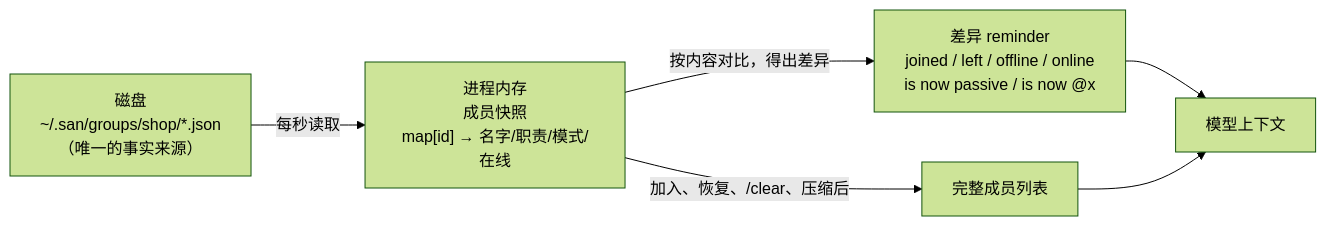
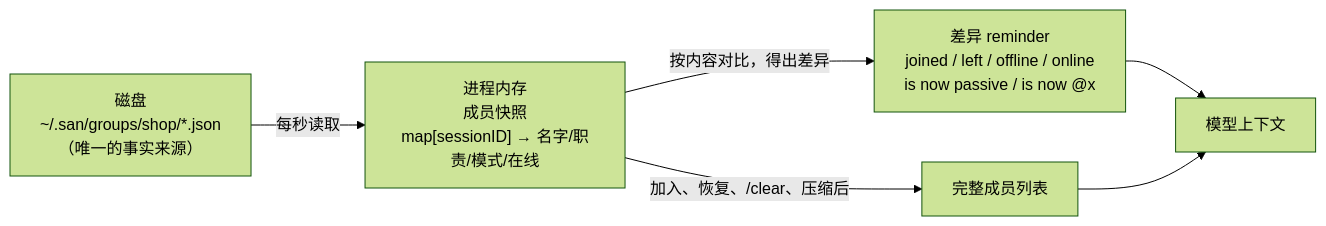
Before and after one commit to genai-io/san: the third of 5 diagrams in docs/design/proposals/0003-session-groups.zh.md, drawn with Mermaid (forest theme). The commit also changed other lines of this file and 1 other file, not shown here.

First line of the commit message:
docs(design): PROP-0003 — session ID as identity, email-style messages

````diff
--- a/docs/design/proposals/0003-session-groups.zh.md
+++ b/docs/design/proposals/0003-session-groups.zh.md
@@ -207,7 +213,7 @@
 ```mermaid
 flowchart LR
-    D["磁盘<br/>~/.san/groups/shop/*.json<br/>（唯一的事实来源）"] -->|每秒读取| S["进程内存<br/>成员快照<br/>map[id] → 名字/职责/模式/在线"]
+    D["磁盘<br/>~/.san/groups/shop/*.json<br/>（唯一的事实来源）"] -->|每秒读取| S["进程内存<br/>成员快照<br/>map[sessionID] → 名字/职责/模式/在线"]
     S -->|按内容对比，得出差异| R["差异 reminder<br/>joined / left / offline / online<br/>is now passive / is now @x"]
     R --> M["模型上下文"]
     S -->|加入、恢复、/clear、压缩后| F["完整成员列表"] --> M
 ```
````
